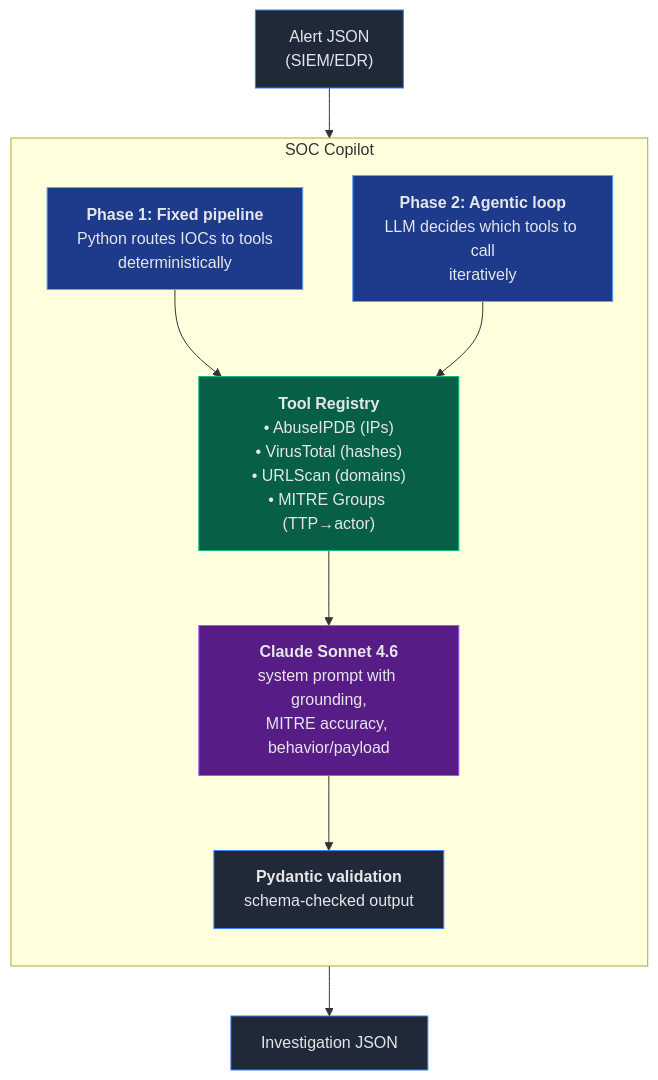
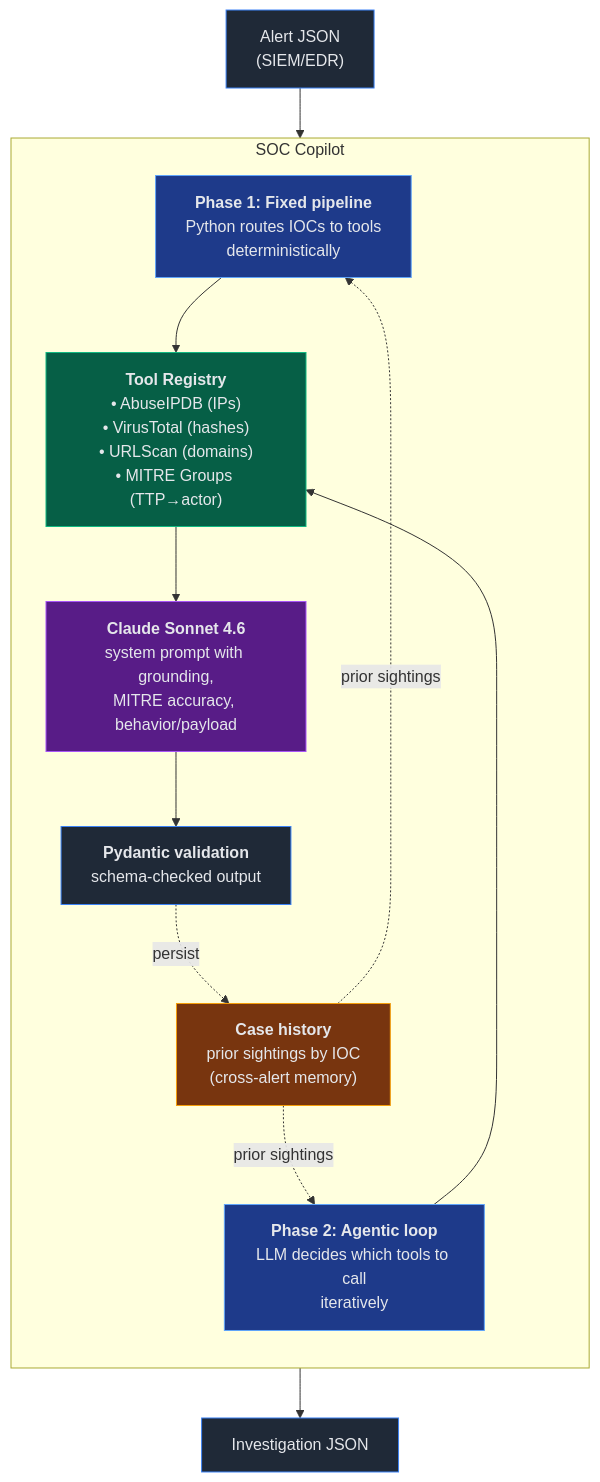
Before and after one commit to AizensCode/soc-copilot: the diagram in README.md, drawn with Mermaid. The commit also changed other lines of this file and 7 other files, not shown here.

First line of the commit message:
Add cross-alert memory via AlertHistoryStore

````diff
--- a/README.md
+++ b/README.md
@@ -48,35 +48,42 @@
 ```mermaid
 flowchart TD
     Alert["Alert JSON<br/>(SIEM/EDR)"] --> Copilot
 
     subgraph Copilot["SOC Copilot"]
         direction TB
         Phase1["<b>Phase 1: Fixed pipeline</b><br/>Python routes IOCs to tools<br/>deterministically"]
         Phase2["<b>Phase 2: Agentic loop</b><br/>LLM decides which tools to call<br/>iteratively"]
 
         Registry["<b>Tool Registry</b><br/>• AbuseIPDB (IPs)<br/>• VirusTotal (hashes)<br/>• URLScan (domains)<br/>• MITRE Groups (TTP→actor)"]
 
         LLM["<b>Claude Sonnet 4.6</b><br/>system prompt with grounding,<br/>MITRE accuracy, behavior/payload"]
 
         Validation["<b>Pydantic validation</b><br/>schema-checked output"]
 
+        History["<b>Case history</b><br/>prior sightings by IOC<br/>(cross-alert memory)"]
+
         Phase1 --> Registry
         Phase2 --> Registry
         Registry --> LLM
         LLM --> Validation
+        History -.->|prior sightings| Phase1
+        History -.->|prior sightings| Phase2
+        Validation -.->|persist| History
     end
 
     Copilot --> Output["Investigation JSON"]
 
     classDef alert fill:#1f2937,stroke:#3b82f6,color:#e5e7eb
     classDef phase fill:#1e3a8a,stroke:#60a5fa,color:#e5e7eb
     classDef tool fill:#065f46,stroke:#10b981,color:#e5e7eb
     classDef llm fill:#581c87,stroke:#a855f7,color:#e5e7eb
     classDef output fill:#1f2937,stroke:#3b82f6,color:#e5e7eb
+    classDef store fill:#78350f,stroke:#f59e0b,color:#e5e7eb
 
     class Alert,Output alert
     class Phase1,Phase2 phase
     class Registry tool
     class LLM llm
     class Validation output
+    class History store
 ```
````
